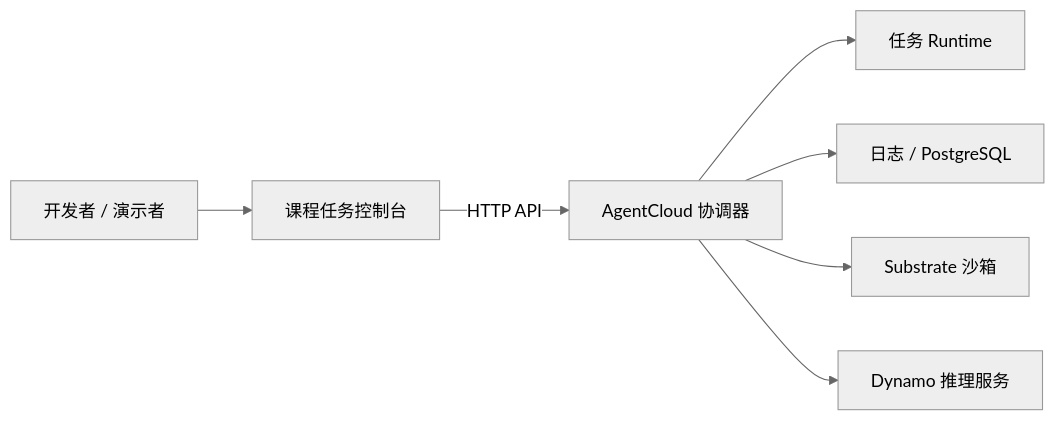
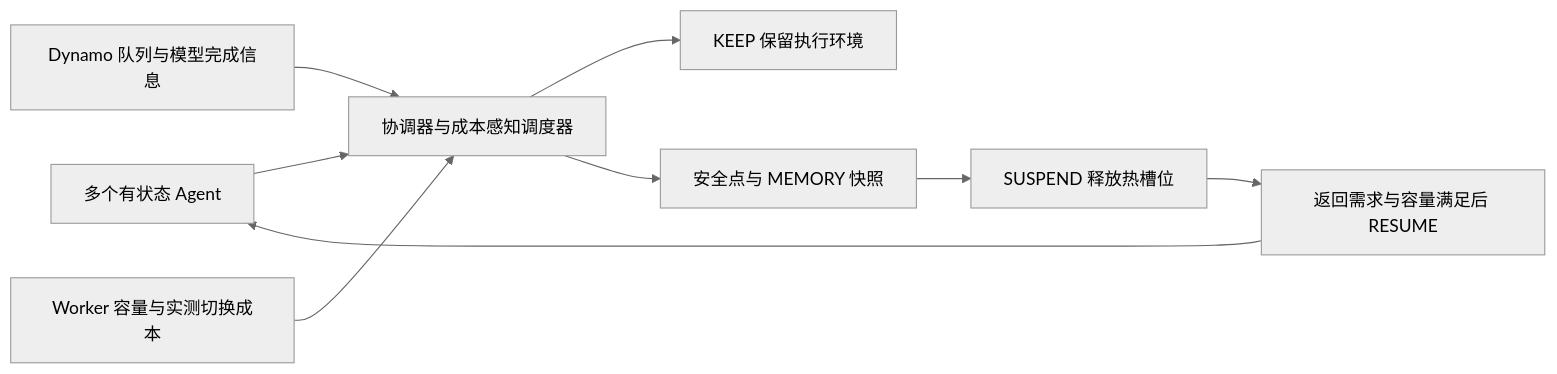
One commit to lilong555/agentcloud-course changed the diagram in README.md. Above: the diagram before and after it, drawn with Mermaid (neutral theme). The commit also changed other lines of this file and 7 other files, not shown here.

````diff
--- a/README.md
+++ b/README.md
@@ -33,9 +30,11 @@
 ```mermaid
 flowchart LR
-    U[开发者 / 演示者] --> C[课程任务控制台]
-    C -->|HTTP API| A[AgentCloud 协调器]
-    A --> R[任务 Runtime]
-    A --> L[日志 / PostgreSQL]
-    A --> S[Substrate 沙箱]
-    A --> D[Dynamo 推理服务]
+    A[多个有状态 Agent] --> C[协调器与成本感知调度器]
+    D[Dynamo 队列与模型完成信息] --> C
+    W[Worker 容量与实测切换成本] --> C
+    C --> K[KEEP 保留执行环境]
+    C --> S[安全点与 MEMORY 快照]
+    S --> P[SUSPEND 释放热槽位]
+    P --> R[返回需求与容量满足后 RESUME]
+    R --> A
 ```
````
